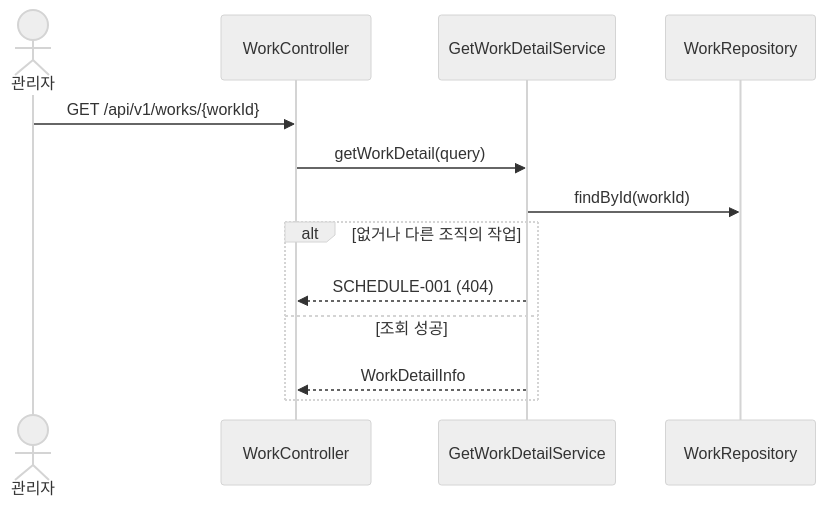
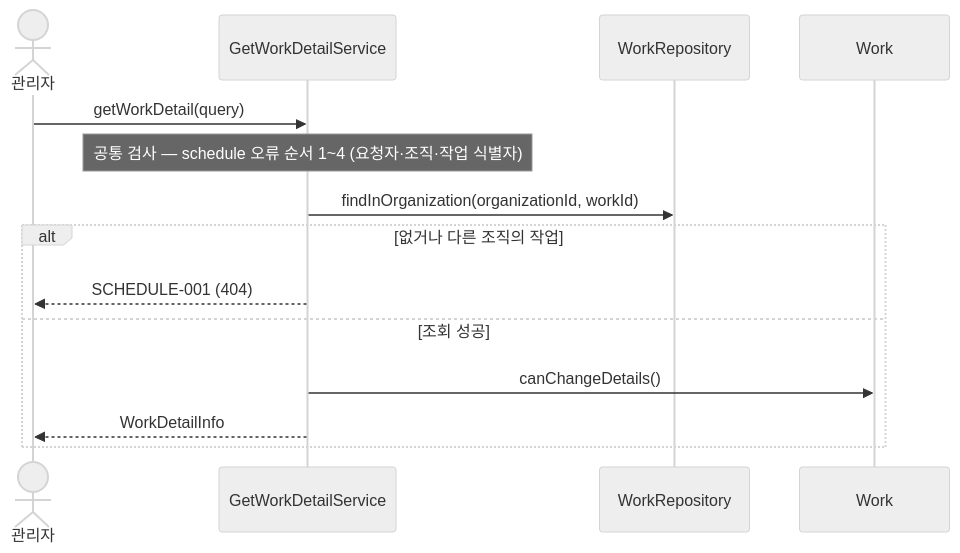
One commit to dino-product/server changed the diagram in .claude/skills/dino-pr/references/kinds.md. Above: the diagram before and after it, drawn with Mermaid (neutral theme). The commit also changed other lines of this file and 1 other file, not shown here.

Commit message:
docs(workflow): 핵심 다이어그램·구현 내용 표의 가독성 기준 추가
검증 세션의 PR 초안에서 참여자 8개·공통 오류 분기를 모두 그린 시퀀스 다이어그램이
GitHub 폭에서 읽히지 않았고, 구현 내용 표의 긴 셀이 표를 넘쳤다. 구조 변경 전후를
한 블록의 subgraph로 그리면 순서가 뒤바뀌었다. 참여자 5개 이하·계층 경계 단위,
공통 검사는 Note 한 줄, 기능 고유 분기만 alt, 셀 한 줄·차이 설명은 표 아래,
전후 비교는 블록 두 개로 그리도록 기준과 예시를 바꾼다.

````diff
--- a/.claude/skills/dino-pr/references/kinds.md
+++ b/.claude/skills/dino-pr/references/kinds.md
@@ -40,15 +44,16 @@
 ```mermaid
 sequenceDiagram
     actor 관리자
-    participant C as WorkController
     participant S as GetWorkDetailService
     participant R as WorkRepository
-    관리자->>C: GET /api/v1/works/{workId}
-    C->>S: getWorkDetail(query)
-    S->>R: findById(workId)
+    participant D as Work
+    관리자->>S: getWorkDetail(query)
+    Note over S: 공통 검사 — schedule 오류 순서 1~4 (요청자·조직·작업 식별자)
+    S->>R: findInOrganization(organizationId, workId)
     alt 없거나 다른 조직의 작업
-        S-->>C: SCHEDULE-001 (404)
+        S-->>관리자: SCHEDULE-001 (404)
     else 조회 성공
-        S-->>C: WorkDetailInfo
+        S->>D: canChangeDetails()
+        S-->>관리자: WorkDetailInfo
     end
 ```
````
